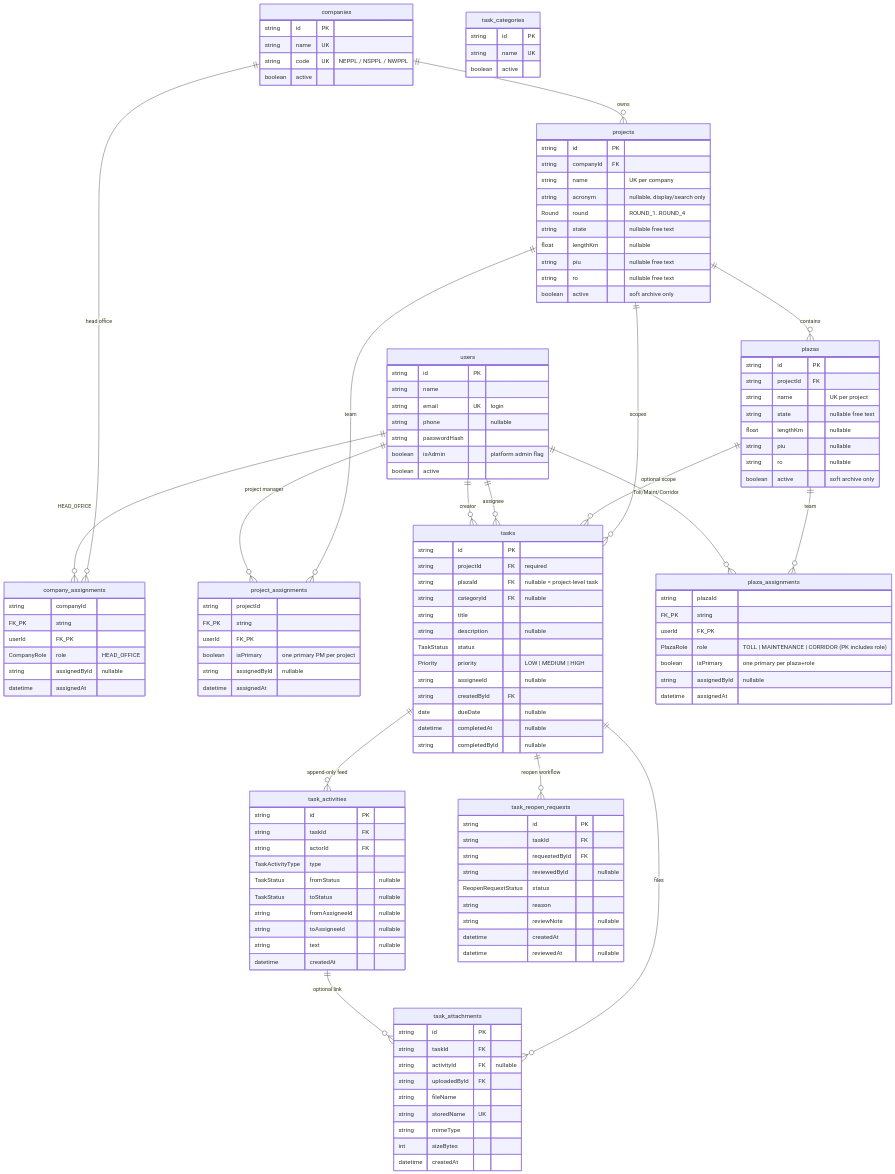
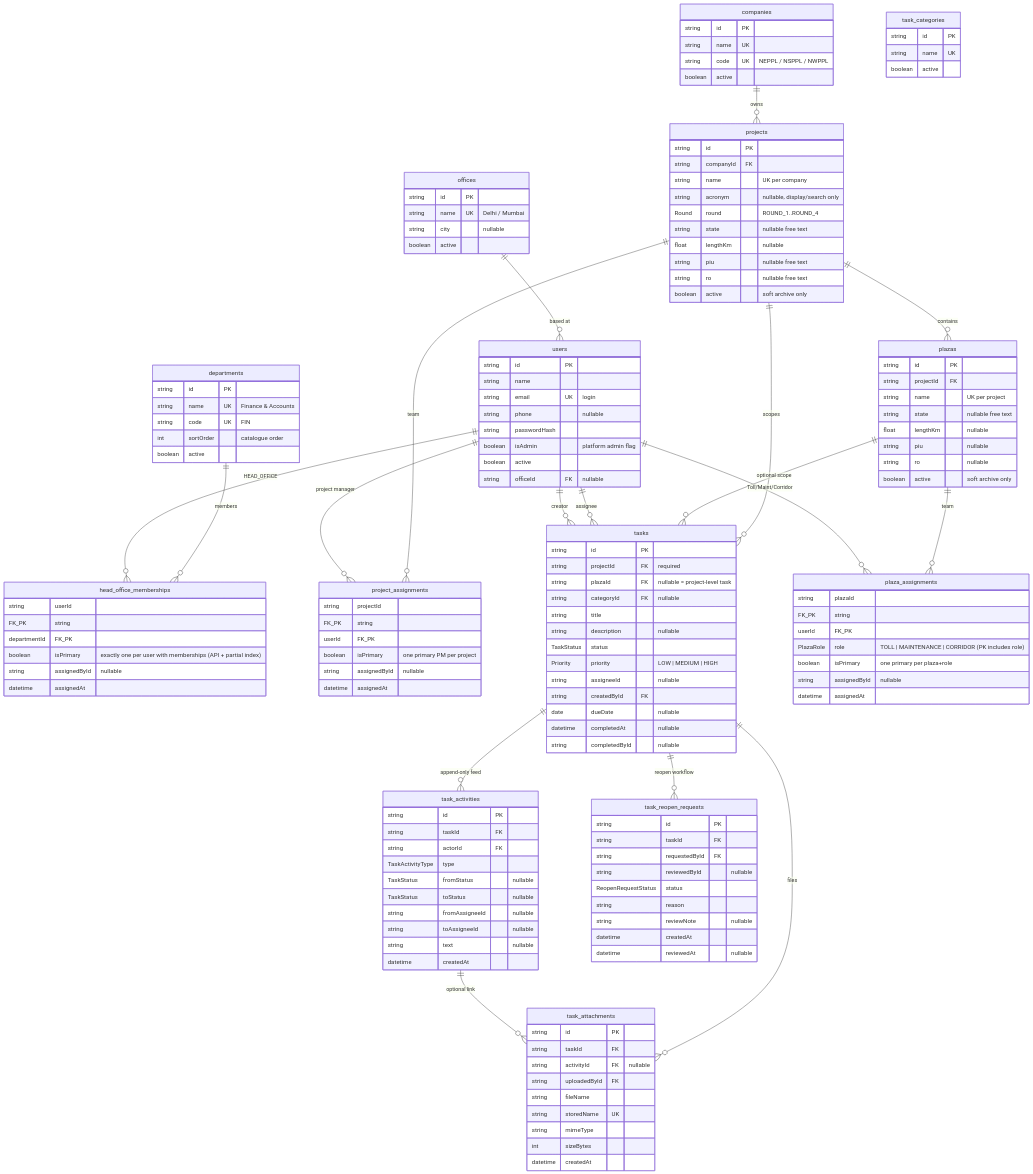
The diagram in docs/DATABASE.md (akash3114/Project_Site_Tracker), drawn with Mermaid before and after one commit. The commit also changed other lines of this file and 23 other files, not shown here.

First line of the commit message:
Head Office departments replace company assignments

````diff
--- a/docs/DATABASE.md
+++ b/docs/DATABASE.md
@@ -14,13 +17,14 @@
 ```mermaid
 erDiagram
     companies ||--o{ projects : "owns"
-    companies ||--o{ company_assignments : "head office"
+    offices ||--o{ users : "based at"
+    departments ||--o{ head_office_memberships : "members"
     projects ||--o{ plazas : "contains"
     projects ||--o{ project_assignments : "team"
     projects ||--o{ tasks : "scopes"
     plazas ||--o{ plaza_assignments : "team"
     plazas ||--o{ tasks : "optional scope"
-    users ||--o{ company_assignments : "HEAD_OFFICE"
+    users ||--o{ head_office_memberships : "HEAD_OFFICE"
     users ||--o{ project_assignments : "project manager"
     users ||--o{ plaza_assignments : "Toll/Maint/Corridor"
     users ||--o{ tasks : "assignee"
@@ -38,6 +42,7 @@
         string passwordHash
         boolean isAdmin "platform admin flag"
         boolean active
+        string officeId FK "nullable"
     }
     companies {
         string id PK
@@ -67,10 +72,23 @@
         string ro "nullable"
         boolean active "soft archive only"
     }
-    company_assignments {
-        string companyId FK_PK
+    offices {
+        string id PK
+        string name UK "Delhi / Mumbai"
+        string city "nullable"
+        boolean active
+    }
+    departments {
+        string id PK
+        string name UK "Finance & Accounts"
+        string code UK "FIN"
+        int sortOrder "catalogue order"
+        boolean active
+    }
+    head_office_memberships {
         string userId FK_PK
-        CompanyRole role "HEAD_OFFICE"
+        string departmentId FK_PK
+        boolean isPrimary "exactly one per user with memberships (API + partial index)"
         string assignedById "nullable"
         datetime assignedAt
     }
````
